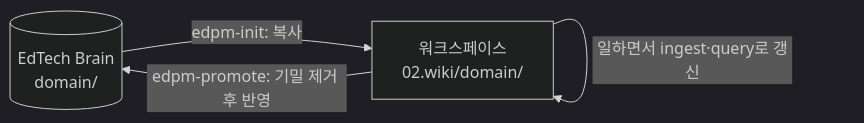
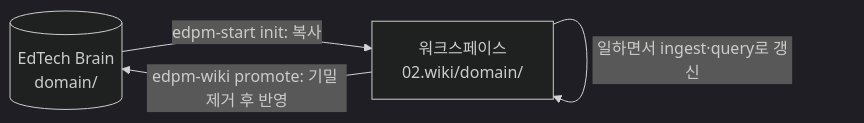
Before and after one commit to rey-hailey/agent-driven-edpm: the diagram in brain-seed/README.md, drawn with Mermaid (dark theme). The commit also changed other lines of this file and 253 other files, not shown here.

````diff
--- a/brain-seed/README.md
+++ b/brain-seed/README.md
@@ -25,6 +25,6 @@
 ```mermaid
 graph LR
-    B[(EdTech Brain<br/>domain/)] -->|edpm-init: 복사| W[워크스페이스<br/>02.wiki/domain/]
+    B[(EdTech Brain<br/>domain/)] -->|edpm-start init: 복사| W[워크스페이스<br/>02.wiki/domain/]
     W -->|일하면서 ingest·query로 갱신| W
-    W -->|edpm-promote: 기밀 제거 후 반영| B
+    W -->|edpm-wiki promote: 기밀 제거 후 반영| B
 ```
````
